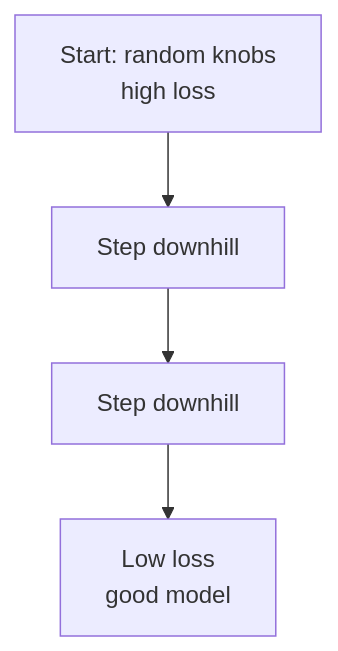
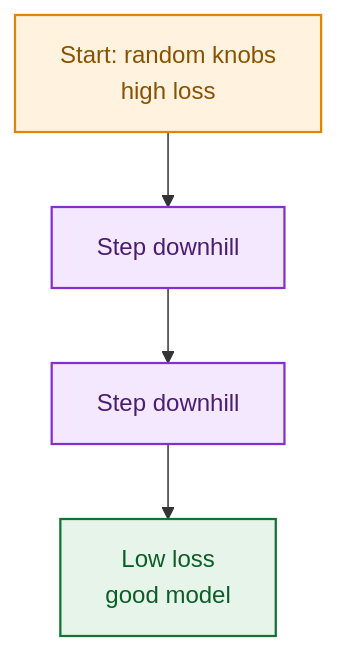
Before and after one commit to kasemsit/261405: the diagram in slides/diagrams/diag06.mmd, drawn with Mermaid. The commit also changed 45 other files, not shown here.

Commit message:
Add 5 topics (metrics, recsys, unsupervised, fine-tuning, PDPA/injection/interpretability), detailed RAG/agentic diagrams, course landing page

```diff
--- a/slides/diagrams/diag06.mmd
+++ b/slides/diagrams/diag06.mmd
@@ -1,4 +1,14 @@
 flowchart TD
   S[Start: random knobs<br/>high loss] --> D1[Step downhill]
   D1 --> D2[Step downhill]
   D2 --> Min[Low loss<br/>good model]
+
+  classDef inp   fill:#e8f0fe,stroke:#1a73a8,color:#10406b,stroke-width:1.5px;
+  classDef proc  fill:#f3e8fd,stroke:#8430ce,color:#4a1d75,stroke-width:1.5px;
+  classDef model fill:#fde7e9,stroke:#b8232f,color:#7a1f2b,stroke-width:2px;
+  classDef good  fill:#e6f4ea,stroke:#137333,color:#0b5e26,stroke-width:1.5px;
+  classDef warn  fill:#fff3e0,stroke:#e08600,color:#8a5200,stroke-width:1.5px;
+  classDef store fill:#eceff1,stroke:#5f7d8c,color:#324a54,stroke-width:1.5px;
+  class S warn;
+  class D1,D2 proc;
+  class Min good;
```
